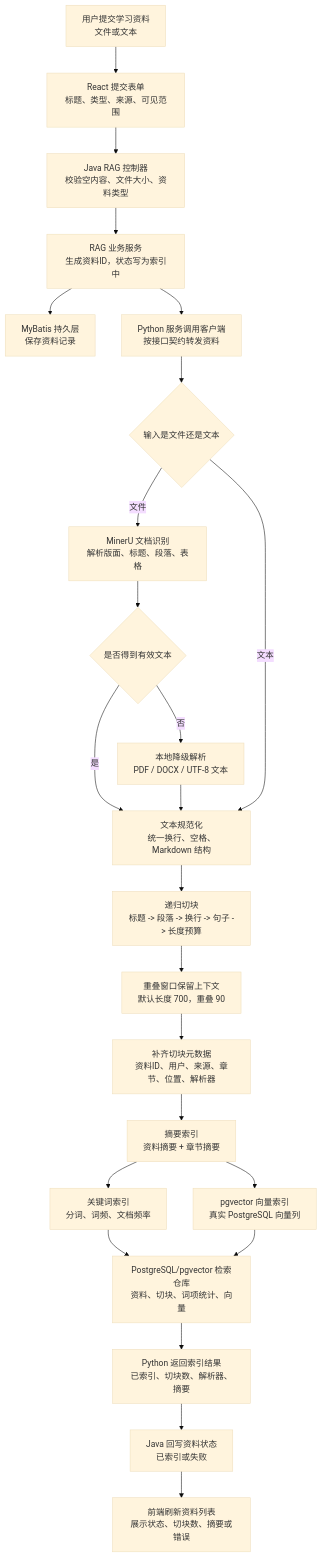
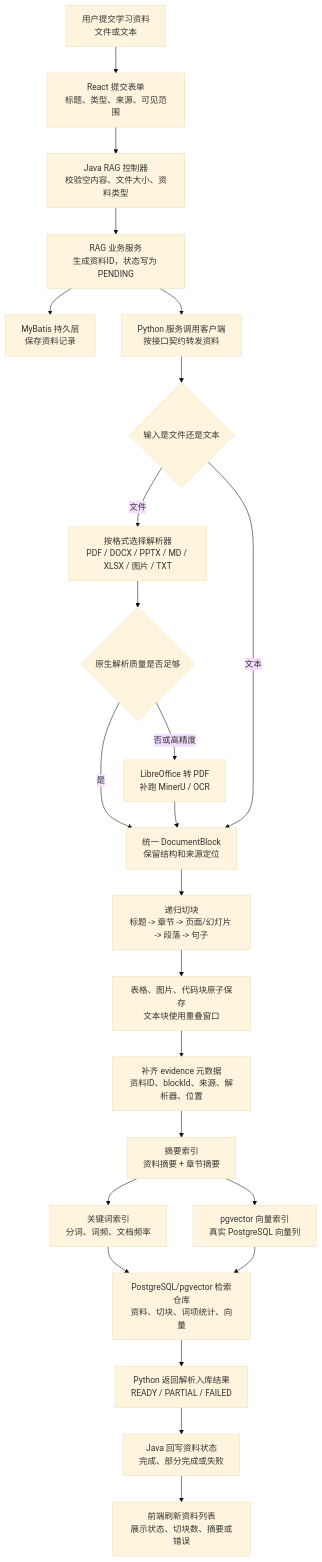
The second of 4 diagrams in README.md (HeWhenJay/Multimodal-RAG-Agent-Learning-Evidence-Platform), drawn with Mermaid (base theme) before and after one commit. The commit also changed other lines of this file and 34 other files, not shown here.

````diff
--- a/README.md
+++ b/README.md
@@ -61,26 +62,26 @@
 ```mermaid
 flowchart TD
     A0["用户提交学习资料<br/>文件或文本"] --> A1["React 提交表单<br/>标题、类型、来源、可见范围"]
     A1 --> A2["Java RAG 控制器<br/>校验空内容、文件大小、资料类型"]
-    A2 --> A3["RAG 业务服务<br/>生成资料ID，状态写为索引中"]
+    A2 --> A3["RAG 业务服务<br/>生成资料ID，状态写为 PENDING"]
     A3 --> A4["MyBatis 持久层<br/>保存资料记录"]
     A3 --> A5["Python 服务调用客户端<br/>按接口契约转发资料"]
     A5 --> A6{"输入是文件还是文本"}
-    A6 -->|"文件"| A7["MinerU 文档识别<br/>解析版面、标题、段落、表格"]
-    A7 --> A8{"是否得到有效文本"}
-    A8 -->|"否"| A9["本地降级解析<br/>PDF / DOCX / UTF-8 文本"]
-    A8 -->|"是"| A10["文本规范化<br/>统一换行、空格、Markdown 结构"]
+    A6 -->|"文件"| A7["按格式选择解析器<br/>PDF / DOCX / PPTX / MD / XLSX / 图片 / TXT"]
+    A7 --> A8{"原生解析质量是否足够"}
+    A8 -->|"否或高精度"| A9["LibreOffice 转 PDF<br/>补跑 MinerU / OCR"]
+    A8 -->|"是"| A10["统一 DocumentBlock<br/>保留结构和来源定位"]
     A9 --> A10
     A6 -->|"文本"| A10
-    A10 --> A11["递归切块<br/>标题 -> 段落 -> 换行 -> 句子 -> 长度预算"]
-    A11 --> A12["重叠窗口保留上下文<br/>默认长度 700，重叠 90"]
-    A12 --> A13["补齐切块元数据<br/>资料ID、用户、来源、章节、位置、解析器"]
+    A10 --> A11["递归切块<br/>标题 -> 章节 -> 页面/幻灯片 -> 段落 -> 句子"]
+    A11 --> A12["表格、图片、代码块原子保存<br/>文本块使用重叠窗口"]
+    A12 --> A13["补齐 evidence 元数据<br/>资料ID、blockId、来源、解析器、位置"]
     A13 --> A14["摘要索引<br/>资料摘要 + 章节摘要"]
     A14 --> A15["关键词索引<br/>分词、词频、文档频率"]
     A14 --> A16["pgvector 向量索引<br/>真实 PostgreSQL 向量列"]
     A15 --> A17["PostgreSQL/pgvector 检索仓库<br/>资料、切块、词项统计、向量"]
     A16 --> A17
-    A17 --> A18["Python 返回索引结果<br/>已索引、切块数、解析器、摘要"]
-    A18 --> A19["Java 回写资料状态<br/>已索引或失败"]
+    A17 --> A18["Python 返回解析入库结果<br/>READY / PARTIAL / FAILED"]
+    A18 --> A19["Java 回写资料状态<br/>完成、部分完成或失败"]
     A19 --> A20["前端刷新资料列表<br/>展示状态、切块数、摘要或错误"]
 ```
````
